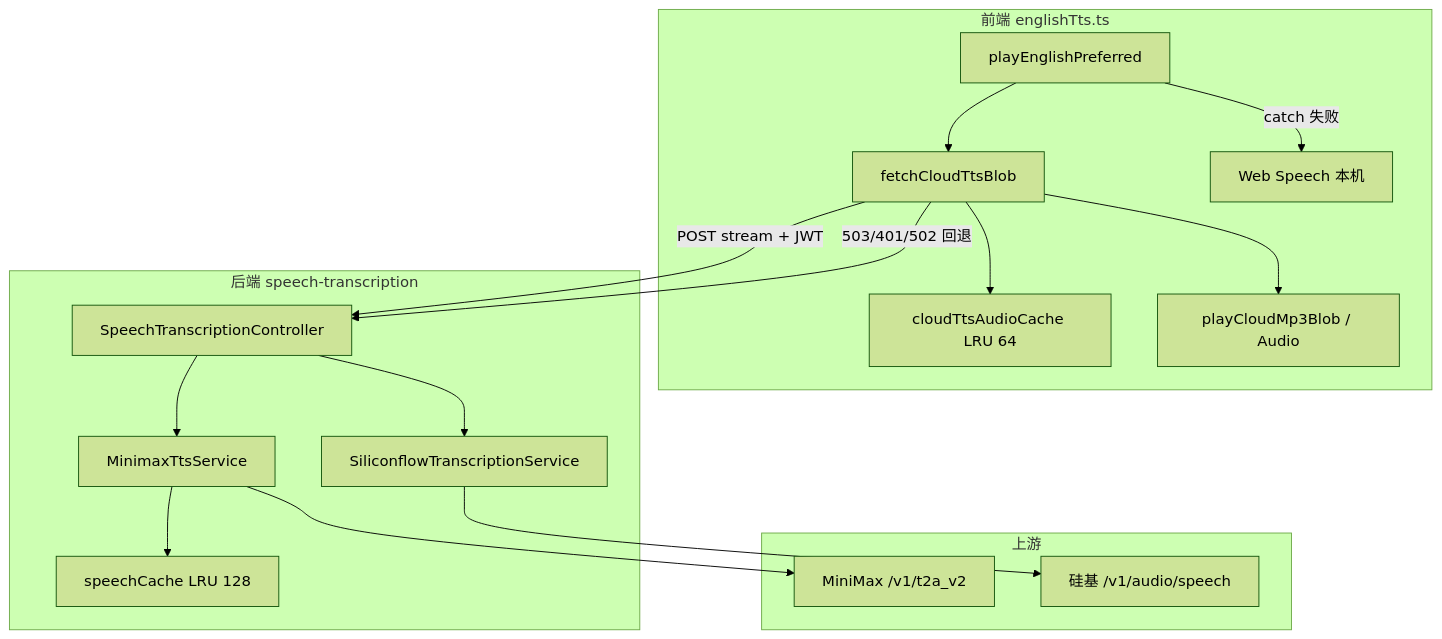
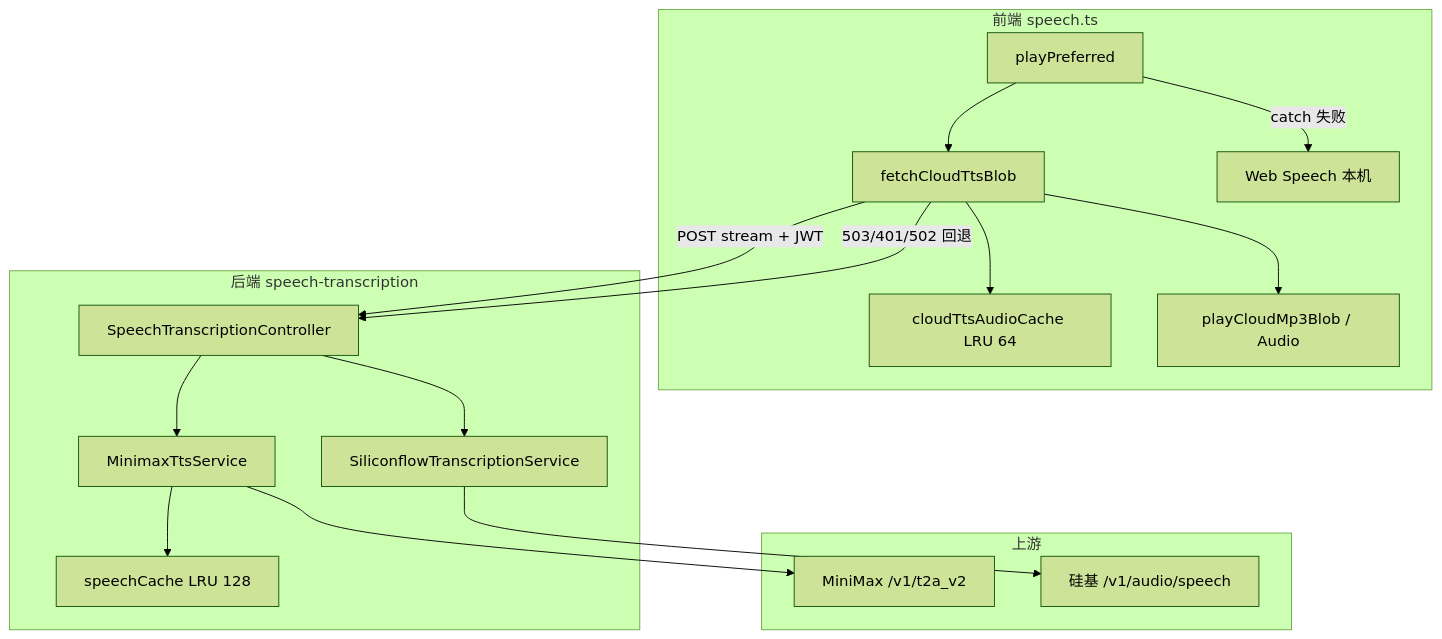
One commit to dnhyxc/dnhyxc-ai changed the first of 2 diagrams in docs/english/minimax-cloud-tts.md. Above: the diagram before and after it, drawn with Mermaid (forest theme). The commit also changed other lines of this file and 111 other files, not shown here.

````diff
--- a/docs/english/minimax-cloud-tts.md
+++ b/docs/english/minimax-cloud-tts.md
@@ -51,34 +51,34 @@
 ```mermaid
 flowchart TB
-  subgraph Frontend["前端 englishTts.ts"]
-    PEP[playEnglishPreferred]
+  subgraph Frontend["前端 speech.ts"]
+    PEP[playPreferred]
     FCTB[fetchCloudTtsBlob]
     CACHE_FE[cloudTtsAudioCache LRU 64]
     PCM[playCloudMp3Blob / Audio]
     LOCAL[Web Speech 本机]
   end
 
   subgraph Backend["后端 speech-transcription"]
     CTRL[SpeechTranscriptionController]
     MINI[MinimaxTtsService]
     SIL[SiliconflowTranscriptionService]
     CACHE_BE[speechCache LRU 128]
   end
 
   subgraph Upstream["上游"]
     MM[MiniMax /v1/t2a_v2]
     SF[硅基 /v1/audio/speech]
   end
 
   PEP --> FCTB
   FCTB --> CACHE_FE
   FCTB -->|POST stream + JWT| CTRL
   CTRL --> MINI
   MINI --> CACHE_BE
   MINI --> MM
   FCTB -->|503/401/502 回退| CTRL
   CTRL --> SIL
   SIL --> SF
   FCTB --> PCM
   PEP -->|catch 失败| LOCAL
 ```
````
